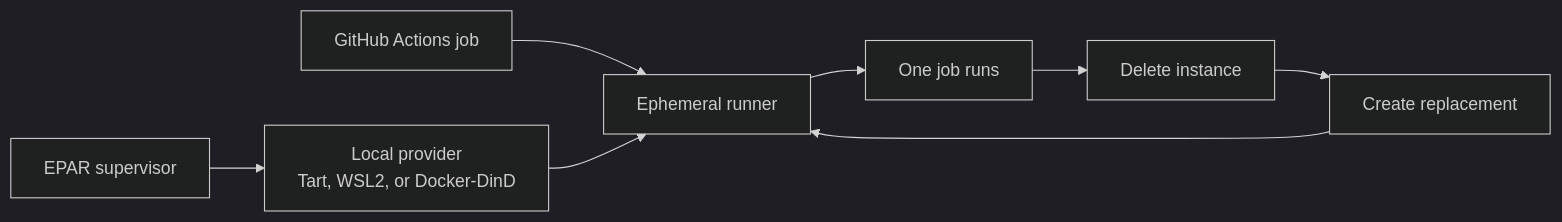
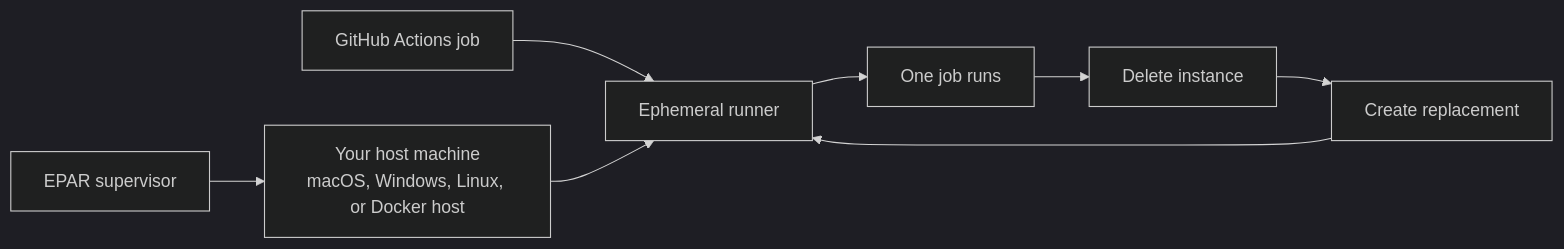
One commit to solutionforest/ephemeral-action-runner changed the first of 2 diagrams in README.md. Above: the diagram before and after it, drawn with Mermaid (dark theme). The commit also changed other lines of this file, not shown here.

Commit message:
Clarify provider choices in README

````diff
--- a/README.md
+++ b/README.md
@@ -7,10 +7,10 @@
 ```mermaid
 flowchart LR
   Workflow["GitHub Actions job"] --> Runner["Ephemeral runner"]
-  EPAR["EPAR supervisor"] --> Provider["Local provider<br/>Tart, WSL2, or Docker-DinD"]
+  EPAR["EPAR supervisor"] --> Provider["Your host machine<br/>macOS, Windows, Linux, or Docker host"]
   Provider --> Runner
   Runner --> Job["One job runs"]
   Job --> Delete["Delete instance"]
   Delete --> Replace["Create replacement"]
   Replace --> Runner
 ```
````
